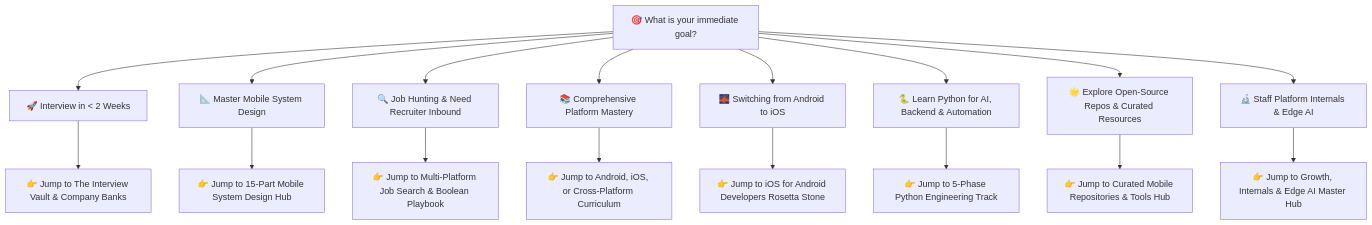
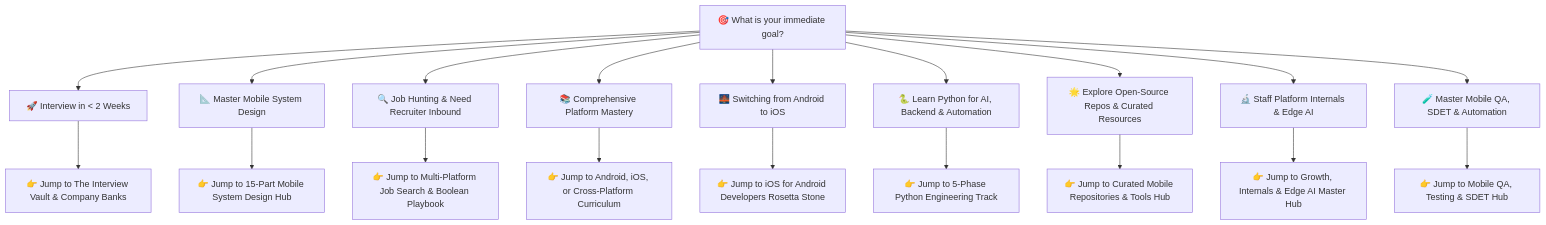
The diagram in README.md (vennamprasad/awesome-mobile-interviews), drawn with Mermaid before and after one commit. The commit also changed other lines of this file and 6 other files, not shown here.

Commit message:
feat(testing): add mobile QA strategy, Compose, XCUITest, and Maestro automation guides

````diff
--- a/README.md
+++ b/README.md
@@ -51,20 +53,22 @@
 ```mermaid
 graph TD
     Start[🎯 What is your immediate goal?] --> A[🚀 Interview in < 2 Weeks]
     Start --> B[📐 Master Mobile System Design]
     Start --> C[🔍 Job Hunting & Need Recruiter Inbound]
     Start --> D[📚 Comprehensive Platform Mastery]
     Start --> E[🌉 Switching from Android to iOS]
     Start --> F[🐍 Learn Python for AI, Backend & Automation]
     Start --> G[🌟 Explore Open-Source Repos & Curated Resources]
     Start --> H[🔬 Staff Platform Internals & Edge AI]
+    Start --> I[🧪 Master Mobile QA, SDET & Automation]
 
     A --> Vault[👉 Jump to The Interview Vault & Company Banks]
     B --> SysDesign[👉 Jump to 15-Part Mobile System Design Hub]
     C --> JobSearch[👉 Jump to Multi-Platform Job Search & Boolean Playbook]
     D --> Curriculum[👉 Jump to Android, iOS, or Cross-Platform Curriculum]
     E --> Rosetta[👉 Jump to iOS for Android Developers Rosetta Stone]
     F --> PyTrack[👉 Jump to 5-Phase Python Engineering Track]
     G --> Resources[👉 Jump to Curated Mobile Repositories & Tools Hub]
     H --> Internals[👉 Jump to Growth, Internals & Edge AI Master Hub]
+    I --> QATrack[👉 Jump to Mobile QA, Testing & SDET Hub]
 ```
````
